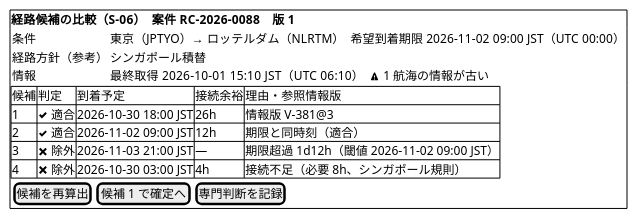
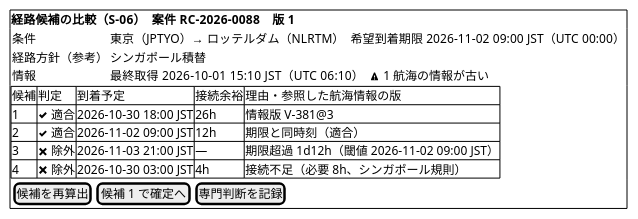
Diagram 15 of 24 in docs/design/cargo-tracker/ui_design.md (k2works/practical-domain-driven-design-in-enterpris-application), drawn with PlantUML before and after one commit. The commit also changed other lines of this file and 6 other files, not shown here.

````diff
--- a/docs/design/cargo-tracker/ui_design.md
+++ b/docs/design/cargo-tracker/ui_design.md
@@ -647,20 +648,20 @@
 ```plantuml
 @startsalt
 {+
   <b>経路候補の比較（S-06）　案件 RC-2026-0088　版 1
   {
     条件 | 東京（JPTYO）→ ロッテルダム（NLRTM）　希望到着期限 2026-11-02 09:00 JST（UTC 00:00）
     経路方針（参考） | シンガポール積替
     情報 | 最終取得 2026-10-01 15:10 JST（UTC 06:10）　<&warning> 1 航海の情報が古い
   }
   {#
-    候補 | 判定 | 到着予定 | 接続余裕 | 理由・参照情報版
+    候補 | 判定 | 到着予定 | 接続余裕 | 理由・参照した航海情報の版
     1 | <&check> 適合 | 2026-10-30 18:00 JST | 26h | 情報版 V-381@3
     2 | <&check> 適合 | 2026-11-02 09:00 JST | 12h | 期限と同時刻（適合）
     3 | <&x> 除外 | 2026-11-03 21:00 JST | — | 期限超過 1d12h（閾値 2026-11-02 09:00 JST）
     4 | <&x> 除外 | 2026-10-30 03:00 JST | 4h | 接続不足（必要 8h、シンガポール規則）
   }
   { [ 候補を再算出 ] | [ 候補 1 で確定へ ] | [ 専門判断を記録 ] }
 }
 @endsalt
 ```
````
